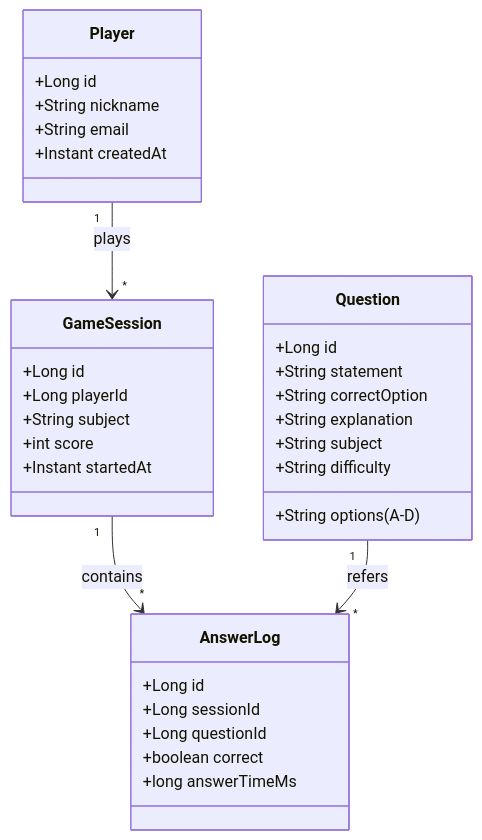
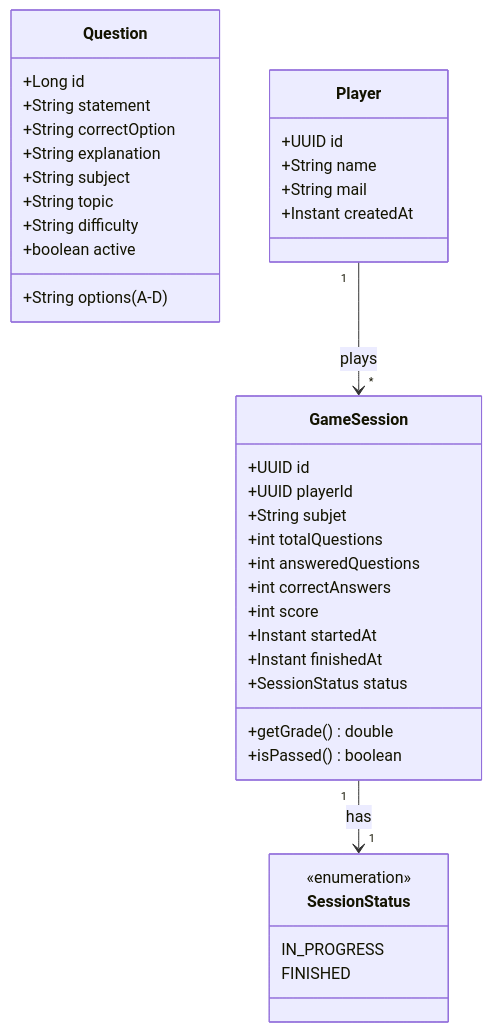
Before and after one commit to AaronSGomez/TriviaHex: the second of 2 diagrams in QuizHexagonal.md, drawn with Mermaid. The commit also changed other lines of this file, not shown here.

````diff
--- a/QuizHexagonal.md
+++ b/QuizHexagonal.md
@@ -102,36 +109,42 @@
 ```mermaid
 classDiagram
     class Question {
         +Long id
         +String statement
         +String options (A-D)
         +String correctOption
         +String explanation
         +String subject
+        +String topic
         +String difficulty
+        +boolean active
     }
     class Player {
-        +Long id
-        +String nickname
-        +String email
+        +UUID id
+        +String name
+        +String mail
         +Instant createdAt
     }
     class GameSession {
-        +Long id
-        +Long playerId
-        +String subject
+        +UUID id
+        +UUID playerId
+        +String subjet
+        +int totalQuestions
+        +int answeredQuestions
+        +int correctAnswers
         +int score
         +Instant startedAt
+        +Instant finishedAt
+        +SessionStatus status
+        +getGrade() double
+        +isPassed() boolean
     }
-    class AnswerLog {
-        +Long id
-        +Long sessionId
-        +Long questionId
-        +boolean correct
-        +long answerTimeMs
+    class SessionStatus {
+        <<enumeration>>
+        IN_PROGRESS
+        FINISHED
     }
     
     Player "1" --> "*" GameSession : plays
-    GameSession "1" --> "*" AnswerLog : contains
-    Question "1" --> "*" AnswerLog : refers
+    GameSession "1" --> "1" SessionStatus : has
 ```
````
